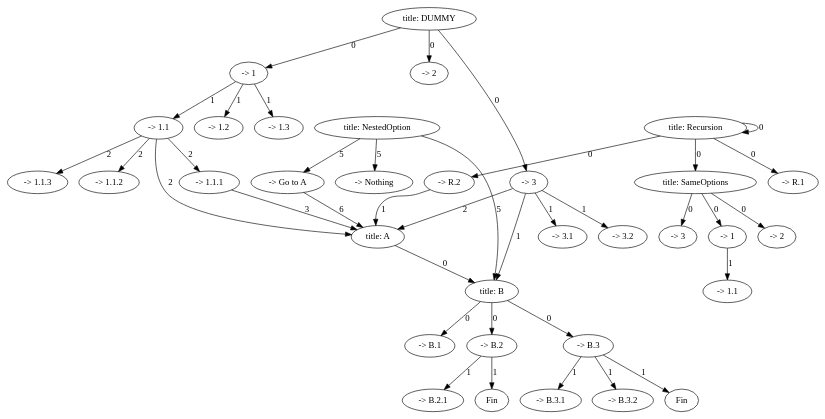
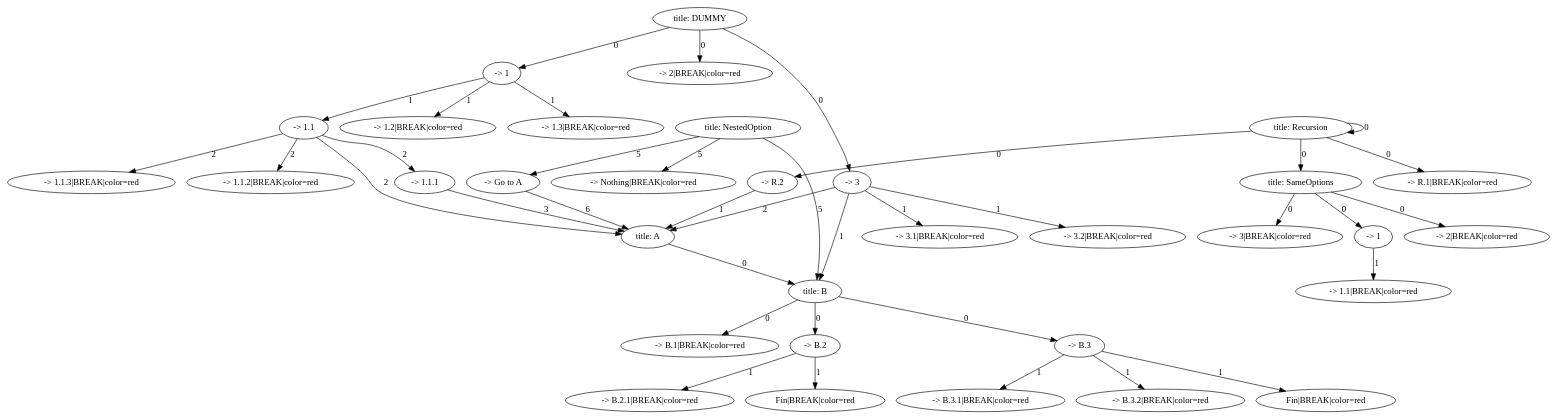
The diagram in dialogue_graph/DUMMY.dot (PraxTube/lost-oppai), drawn with Graphviz before and after one commit. The commit also changed 2 other files, not shown here.

Commit message:
feat: Add graph dot file meta data and color leaf nodes in graph

```diff
--- a/dialogue_graph/DUMMY.dot
+++ b/dialogue_graph/DUMMY.dot
@@ -1,72 +1,72 @@
 digraph {
     0 [ label = "title: DUMMY" ]
     1 [ label = "title: A" ]
     2 [ label = "title: B" ]
     3 [ label = "title: Recursion" ]
     4 [ label = "title: SameOptions" ]
     5 [ label = "title: NestedOption" ]
     6 [ label = "-> 1" ]
     7 [ label = "-> 1.1" ]
     8 [ label = "-> 1.1.1" ]
-    9 [ label = "-> 1.1.2" ]
-    10 [ label = "-> 1.1.3" ]
-    11 [ label = "-> 1.2" ]
-    12 [ label = "-> 1.3" ]
-    13 [ label = "-> 2" ]
+    9 [ label = "-> 1.1.2|BREAK|color=red" ]
+    10 [ label = "-> 1.1.3|BREAK|color=red" ]
+    11 [ label = "-> 1.2|BREAK|color=red" ]
+    12 [ label = "-> 1.3|BREAK|color=red" ]
+    13 [ label = "-> 2|BREAK|color=red" ]
     14 [ label = "-> 3" ]
-    15 [ label = "-> 3.1" ]
-    16 [ label = "-> 3.2" ]
-    17 [ label = "-> B.1" ]
+    15 [ label = "-> 3.1|BREAK|color=red" ]
+    16 [ label = "-> 3.2|BREAK|color=red" ]
+    17 [ label = "-> B.1|BREAK|color=red" ]
     18 [ label = "-> B.2" ]
-    19 [ label = "Fin" ]
-    20 [ label = "-> B.2.1" ]
+    19 [ label = "Fin|BREAK|color=red" ]
+    20 [ label = "-> B.2.1|BREAK|color=red" ]
     21 [ label = "-> B.3" ]
-    22 [ label = "-> B.3.1" ]
-    23 [ label = "-> B.3.2" ]
-    24 [ label = "Fin" ]
-    25 [ label = "-> R.1" ]
+    22 [ label = "-> B.3.1|BREAK|color=red" ]
+    23 [ label = "-> B.3.2|BREAK|color=red" ]
+    24 [ label = "Fin|BREAK|color=red" ]
+    25 [ label = "-> R.1|BREAK|color=red" ]
     26 [ label = "-> R.2" ]
     27 [ label = "-> 1" ]
-    28 [ label = "-> 1.1" ]
-    29 [ label = "-> 2" ]
-    30 [ label = "-> 3" ]
+    28 [ label = "-> 1.1|BREAK|color=red" ]
+    29 [ label = "-> 2|BREAK|color=red" ]
+    30 [ label = "-> 3|BREAK|color=red" ]
     31 [ label = "-> Go to A" ]
-    32 [ label = "-> Nothing" ]
+    32 [ label = "-> Nothing|BREAK|color=red" ]
     0 -> 6 [ label = "0" ]
     6 -> 7 [ label = "1" ]
     7 -> 8 [ label = "2" ]
     8 -> 1 [ label = "3" ]
     7 -> 1 [ label = "2" ]
     7 -> 9 [ label = "2" ]
     7 -> 10 [ label = "2" ]
     6 -> 11 [ label = "1" ]
     6 -> 12 [ label = "1" ]
     0 -> 13 [ label = "0" ]
     0 -> 14 [ label = "0" ]
     14 -> 15 [ label = "1" ]
     14 -> 16 [ label = "1" ]
     14 -> 1 [ label = "2" ]
     14 -> 2 [ label = "1" ]
     1 -> 2 [ label = "0" ]
     2 -> 17 [ label = "0" ]
     2 -> 18 [ label = "0" ]
     18 -> 19 [ label = "1" ]
     18 -> 20 [ label = "1" ]
     2 -> 21 [ label = "0" ]
     21 -> 22 [ label = "1" ]
     21 -> 23 [ label = "1" ]
     21 -> 24 [ label = "1" ]
     3 -> 25 [ label = "0" ]
     3 -> 4 [ label = "0" ]
     3 -> 26 [ label = "0" ]
     26 -> 1 [ label = "1" ]
     3 -> 3 [ label = "0" ]
     4 -> 27 [ label = "0" ]
     27 -> 28 [ label = "1" ]
     4 -> 29 [ label = "0" ]
     4 -> 30 [ label = "0" ]
     5 -> 31 [ label = "5" ]
     31 -> 1 [ label = "6" ]
     5 -> 32 [ label = "5" ]
     5 -> 2 [ label = "5" ]
 }
```
